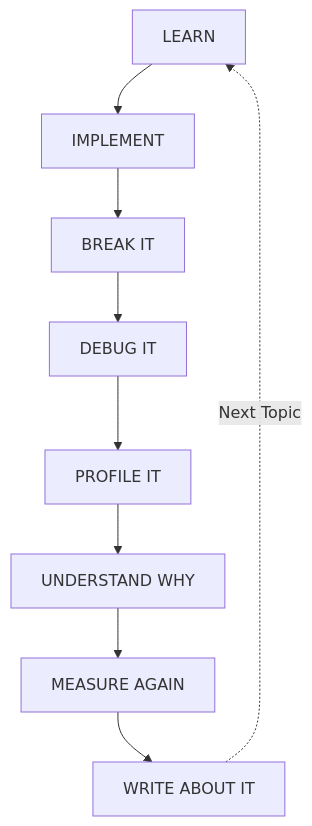
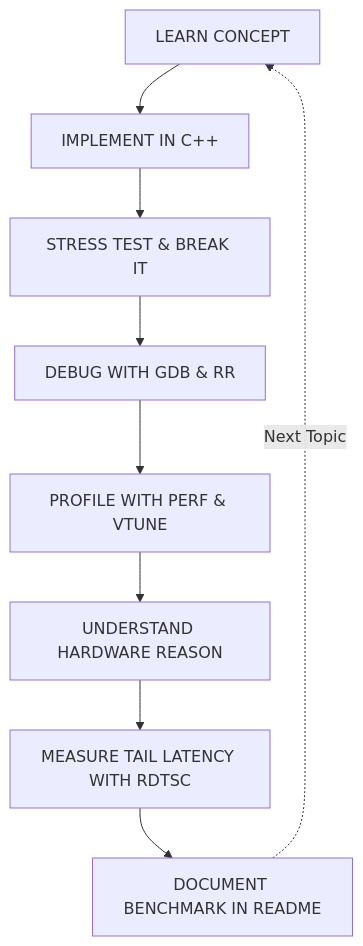
Before and after one commit to RustamSheoran/cpp-roadmap: the seventh of 7 diagrams in README.md, drawn with Mermaid. The commit also changed other lines of this file, not shown here.

````diff
--- a/README.md
+++ b/README.md
@@ -538,11 +950,11 @@
 ```mermaid
 flowchart TD
-    L[LEARN] --> I[IMPLEMENT]
-    I --> B[BREAK IT]
-    B --> D[DEBUG IT]
-    D --> P[PROFILE IT]
-    P --> U[UNDERSTAND WHY]
-    U --> M[MEASURE AGAIN]
-    M --> W[WRITE ABOUT IT]
+    L[LEARN CONCEPT] --> I[IMPLEMENT IN C++]
+    I --> B[STRESS TEST & BREAK IT]
+    B --> D[DEBUG WITH GDB & RR]
+    D --> P[PROFILE WITH PERF & VTUNE]
+    P --> U[UNDERSTAND HARDWARE REASON]
+    U --> M[MEASURE TAIL LATENCY WITH RDTSC]
+    M --> W[DOCUMENT BENCHMARK IN README]
     W -.->|Next Topic| L
 ```
````
